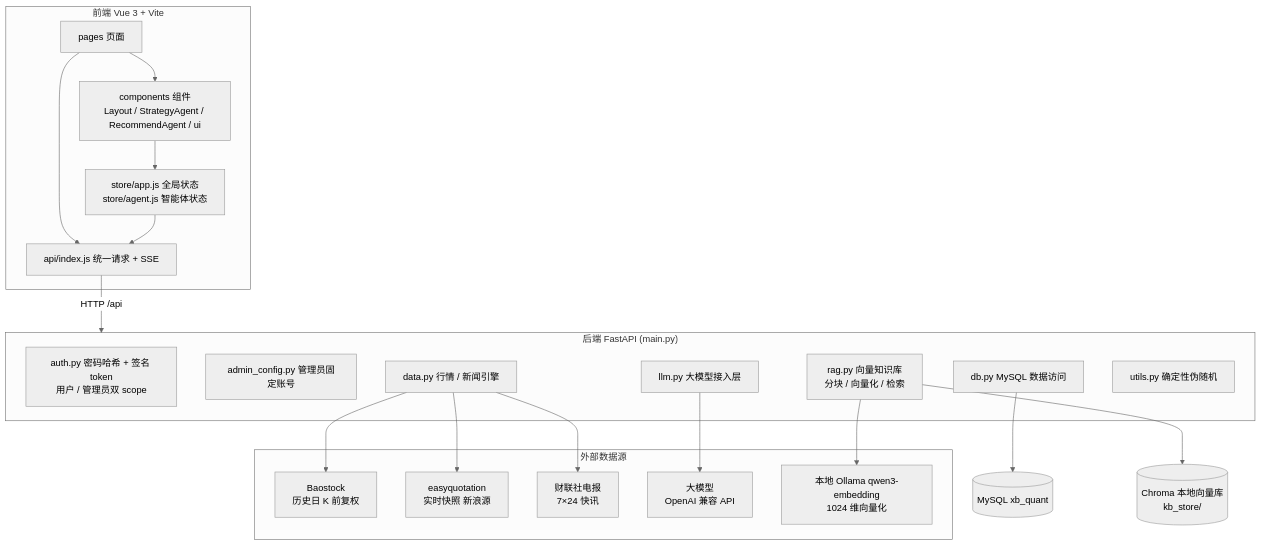
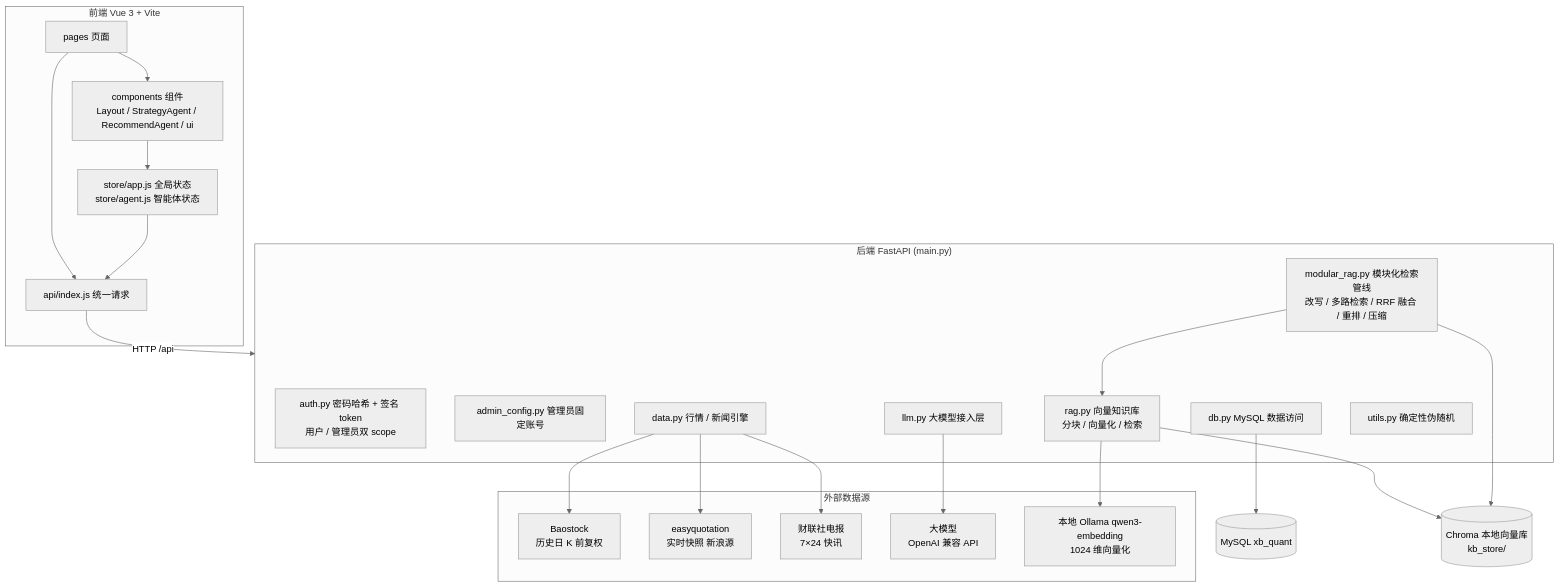
One commit to Song-Yingji/Iktsuarpok changed the first of 11 diagrams in README.md. Above: the diagram before and after it, drawn with Mermaid (neutral theme). The commit also changed other lines of this file and 13 other files, not shown here.

````diff
--- a/README.md
+++ b/README.md
@@ -218,43 +218,46 @@
 ```mermaid
 graph TB
     subgraph FE["前端 Vue 3 + Vite"]
         PAGES[pages 页面]
         COMP[components 组件<br/>Layout / StrategyAgent / RecommendAgent / ui]
-        APIJS[api/index.js 统一请求 + SSE]
+        APIJS[api/index.js 统一请求]
         STORE[store/app.js 全局状态<br/>store/agent.js 智能体状态]
     end
 
     subgraph BE["后端 FastAPI (main.py)"]
         AUTH[auth.py 密码哈希 + 签名 token<br/>用户 / 管理员双 scope]
         ADMIN[admin_config.py 管理员固定账号]
         LLM[llm.py 大模型接入层]
         RAG[rag.py 向量知识库<br/>分块 / 向量化 / 检索]
+        MODRAG[modular_rag.py 模块化检索管线<br/>改写 / 多路检索 / RRF 融合 / 重排 / 压缩]
         DATA[data.py 行情 / 新闻引擎]
         DB[db.py MySQL 数据访问]
         UTIL[utils.py 确定性伪随机]
     end
 
     subgraph SRC["外部数据源"]
         BS[Baostock<br/>历史日 K 前复权]
         EQ[easyquotation<br/>实时快照 新浪源]
         CLS[财联社电报<br/>7×24 快讯]
         LLMS[大模型<br/>OpenAI 兼容 API]
         EMB[本地 Ollama qwen3-embedding<br/>1024 维向量化]
     end
 
     MYSQL[(MySQL xb_quant)]
     CHROMA[(Chroma 本地向量库<br/>kb_store/)]
 
     PAGES --> COMP
     PAGES --> APIJS
     COMP --> STORE
     STORE --> APIJS
     APIJS -->|HTTP /api| BE
     LLM --> LLMS
     RAG --> EMB
     RAG --> CHROMA
+    MODRAG --> RAG
+    MODRAG --> CHROMA
     DATA --> BS
     DATA --> EQ
     DATA --> CLS
     DB --> MYSQL
 ```
````
